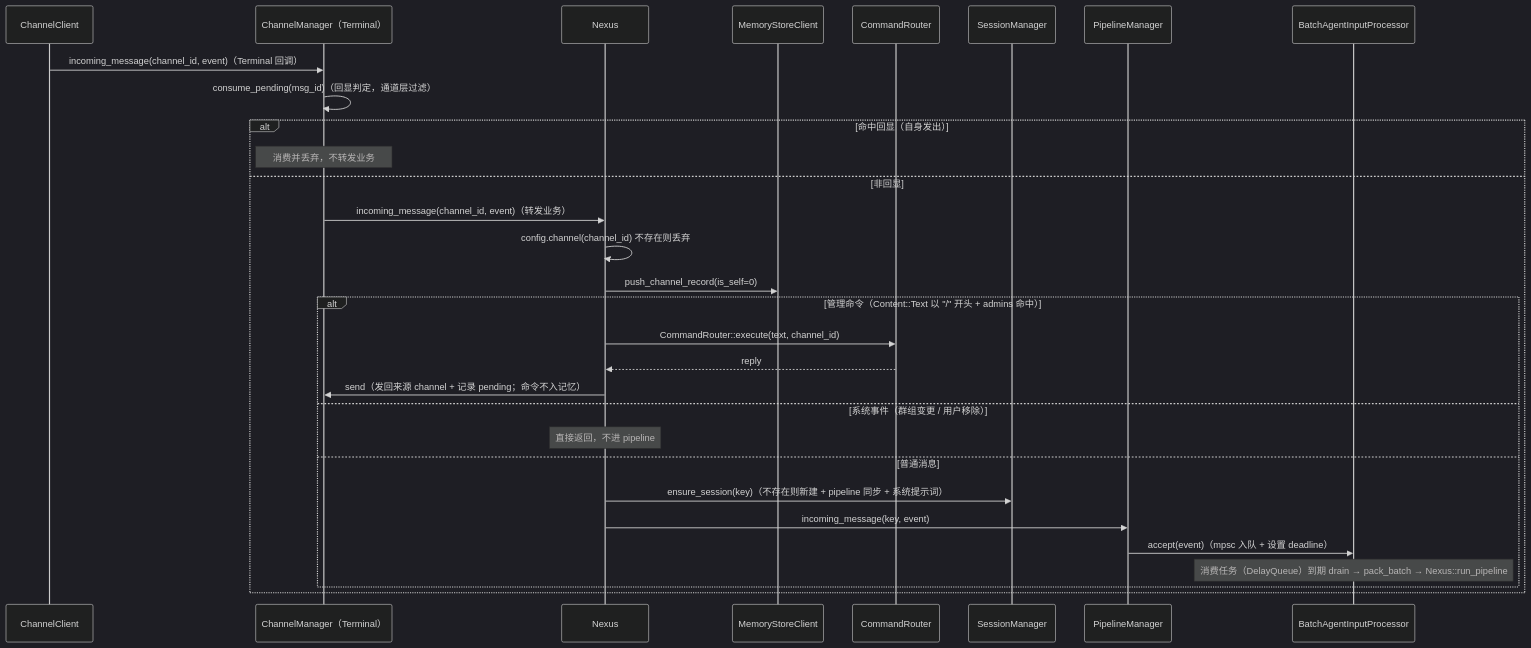
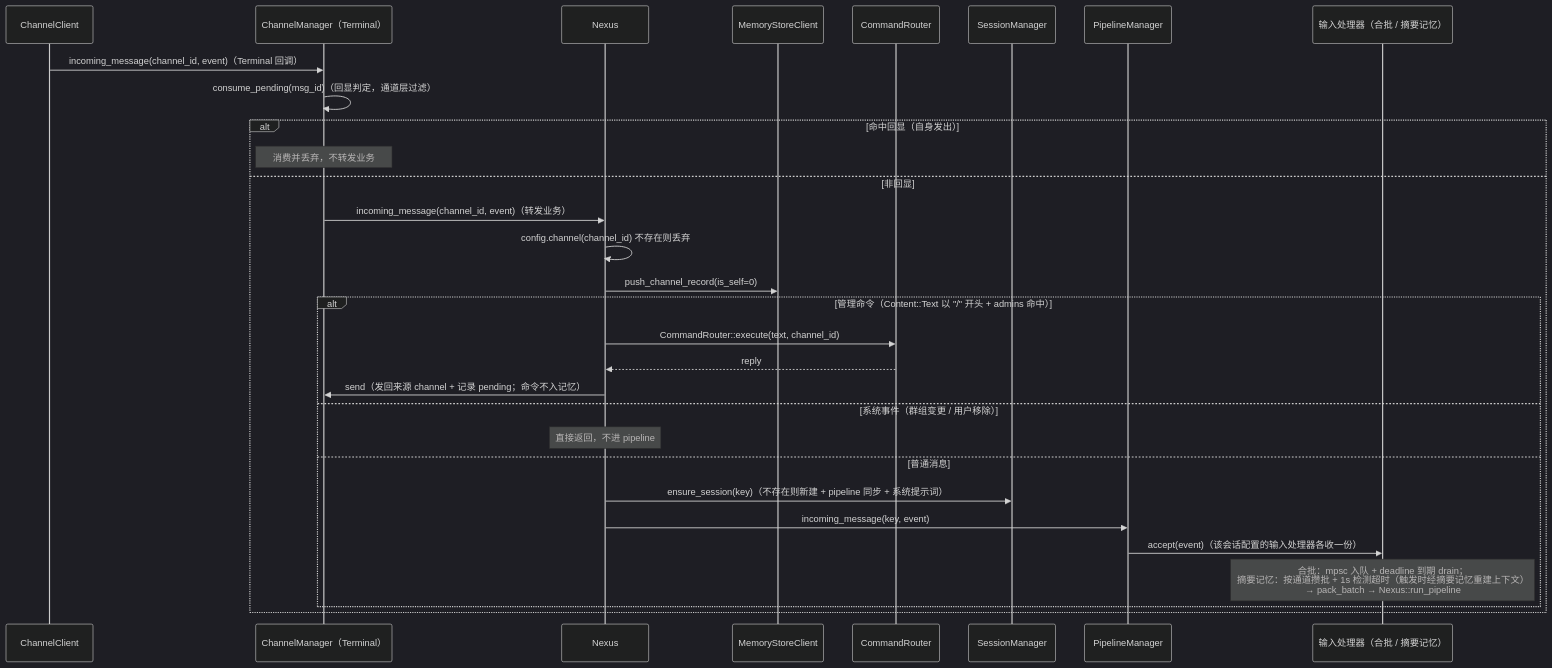
One commit to coldcloude/kissbot changed the third of 5 diagrams in docs/spec/agent-modules.md. Above: the diagram before and after it, drawn with Mermaid (dark theme). The commit also changed other lines of this file and 2 other files, not shown here.

````diff
--- a/docs/spec/agent-modules.md
+++ b/docs/spec/agent-modules.md
@@ -135,33 +140,33 @@
 ```mermaid
 sequenceDiagram
     participant CC as ChannelClient
     participant CHM as ChannelManager（Terminal）
     participant CO as Nexus
     participant MSC as MemoryStoreClient
     participant CRT as CommandRouter
     participant SM as SessionManager
     participant PLS as PipelineManager
-    participant IP as BatchAgentInputProcessor
+    participant IP as 输入处理器（合批 / 摘要记忆）
 
     CC->>CHM: incoming_message(channel_id, event)（Terminal 回调）
     CHM->>CHM: consume_pending(msg_id)（回显判定，通道层过滤）
     alt 命中回显（自身发出）
         Note over CHM: 消费并丢弃，不转发业务
     else 非回显
         CHM->>CO: incoming_message(channel_id, event)（转发业务）
         CO->>CO: config.channel(channel_id) 不存在则丢弃
         CO->>MSC: push_channel_record(is_self=0)
         alt 管理命令（Content::Text 以 "/" 开头 + admins 命中）
             CO->>CRT: CommandRouter::execute(text, channel_id)
             CRT-->>CO: reply
             CO->>CHM: send（发回来源 channel + 记录 pending；命令不入记忆）
         else 系统事件（群组变更 / 用户移除）
             Note over CO: 直接返回，不进 pipeline
         else 普通消息
             CO->>SM: ensure_session(key)（不存在则新建 + pipeline 同步 + 系统提示词）
             CO->>PLS: incoming_message(key, event)
-            PLS->>IP: accept(event)（mpsc 入队 + 设置 deadline）
-            Note over IP: 消费任务（DelayQueue）到期 drain → pack_batch → Nexus::run_pipeline
+            PLS->>IP: accept(event)（该会话配置的输入处理器各收一份）
+            Note over IP: 合批：mpsc 入队 + deadline 到期 drain；<br/>摘要记忆：按通道攒批 + 1s 检测超时（触发时经摘要记忆重建上下文）<br/>→ pack_batch → Nexus::run_pipeline
         end
     end
 ```
````
